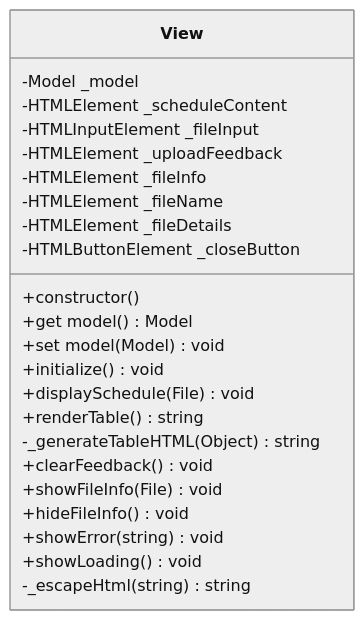
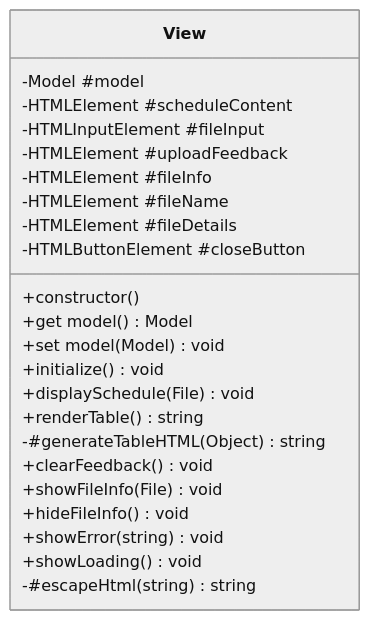
Before and after one commit to ahmetcankaratas/transformer: the fourth of 4 diagrams in HW1/JavaScript/README.md, drawn with Mermaid (neutral theme). The commit also changed other lines of this file and 3 other files, not shown here.

````diff
--- a/HW1/JavaScript/README.md
+++ b/HW1/JavaScript/README.md
@@ -136,26 +136,26 @@
 ```mermaid
 classDiagram
     class View {
-        -Model _model
-        -HTMLElement _scheduleContent
-        -HTMLInputElement _fileInput
-        -HTMLElement _uploadFeedback
-        -HTMLElement _fileInfo
-        -HTMLElement _fileName
-        -HTMLElement _fileDetails
-        -HTMLButtonElement _closeButton
+        -Model #model
+        -HTMLElement #scheduleContent
+        -HTMLInputElement #fileInput
+        -HTMLElement #uploadFeedback
+        -HTMLElement #fileInfo
+        -HTMLElement #fileName
+        -HTMLElement #fileDetails
+        -HTMLButtonElement #closeButton
         +constructor()
         +get model() Model
         +set model(Model) void
         +initialize() void
         +displaySchedule(File) void
         +renderTable() string
-        -_generateTableHTML(Object) string
+        -#generateTableHTML(Object) string
         +clearFeedback() void
         +showFileInfo(File) void
         +hideFileInfo() void
         +showError(string) void
         +showLoading() void
-        -_escapeHtml(string) string
+        -#escapeHtml(string) string
     }
 ```
````
